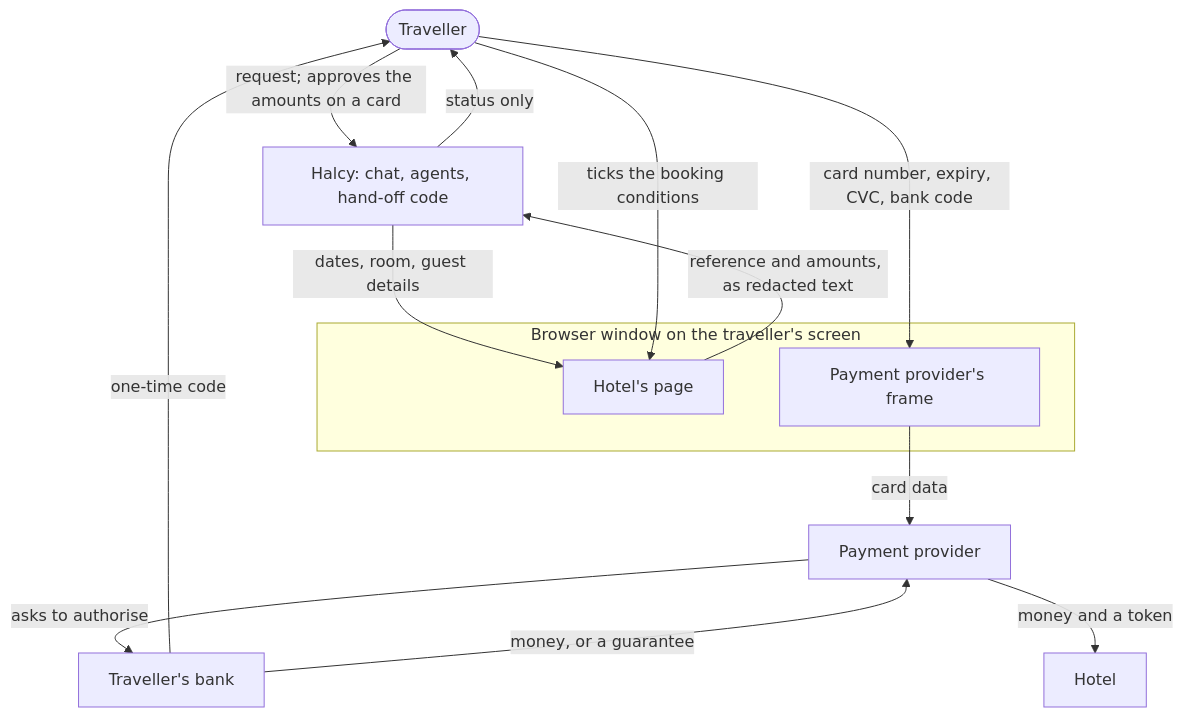
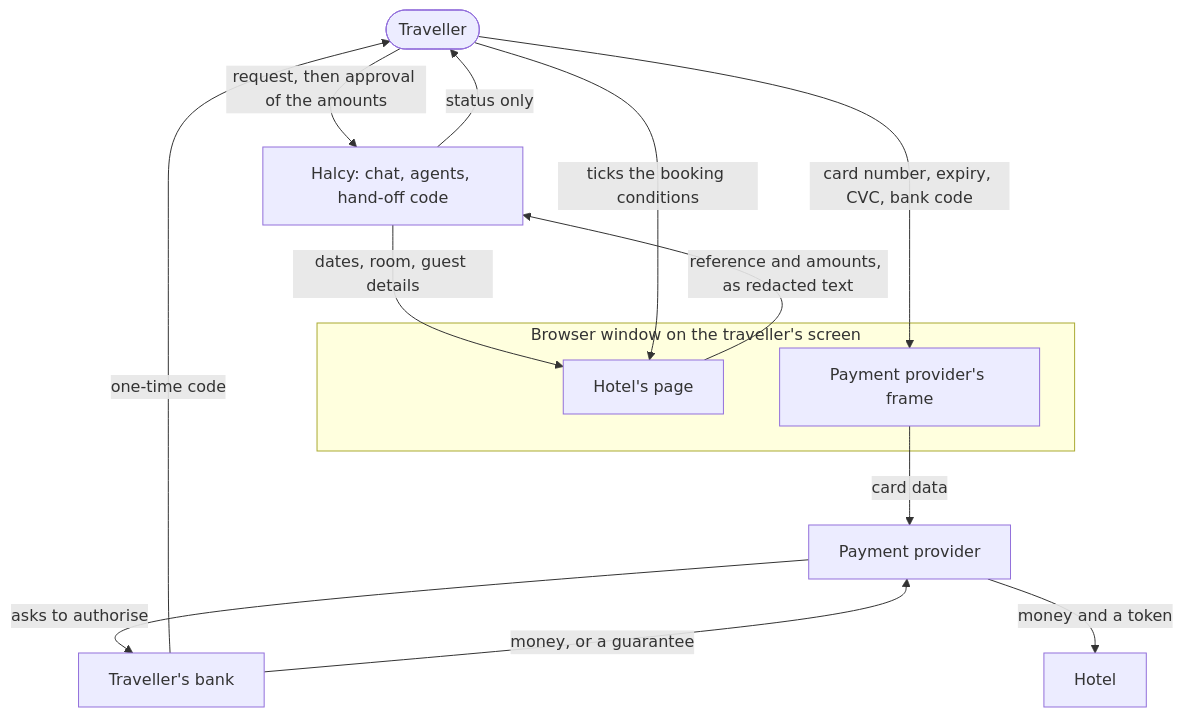
One commit to erikjin12345/halcy-case changed the second of 2 diagrams in docs/design.md. Above: the diagram before and after it, drawn with Mermaid.

Commit message:
Keep a semicolon out of a Mermaid edge label
Semicolons separate statements in Mermaid; inside a quoted label they
should be safe, but the diagram has not been rendered yet and this
removes the doubt.

````diff
--- a/docs/design.md
+++ b/docs/design.md
@@ -118,23 +118,23 @@
 ```mermaid
 flowchart TB
   T([Traveller])
   A["Halcy: chat, agents, hand-off code"]
   subgraph W["Browser window on the traveller's screen"]
     HP["Hotel's page"]
     PF["Payment provider's frame"]
   end
   PSP[Payment provider]
   BANK["Traveller's bank"]
   HOTEL[Hotel]
-  T -- "request; approves the amounts on a card" --> A
+  T -- "request, then approval of the amounts" --> A
   A -- "dates, room, guest details" --> HP
   T -- "card number, expiry, CVC, bank code" --> PF
   T -- "ticks the booking conditions" --> HP
   PF -- "card data" --> PSP
   PSP -- "asks to authorise" --> BANK
   BANK -- "one-time code" --> T
   BANK -- "money, or a guarantee" --> PSP
   PSP -- "money and a token" --> HOTEL
   HP -- "reference and amounts, as redacted text" --> A
   A -- "status only" --> T
 ```
````
